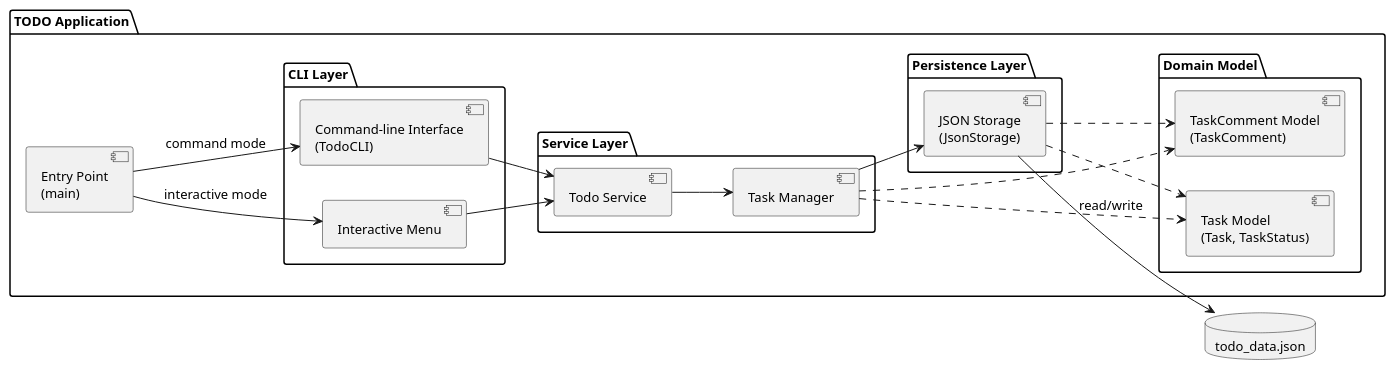
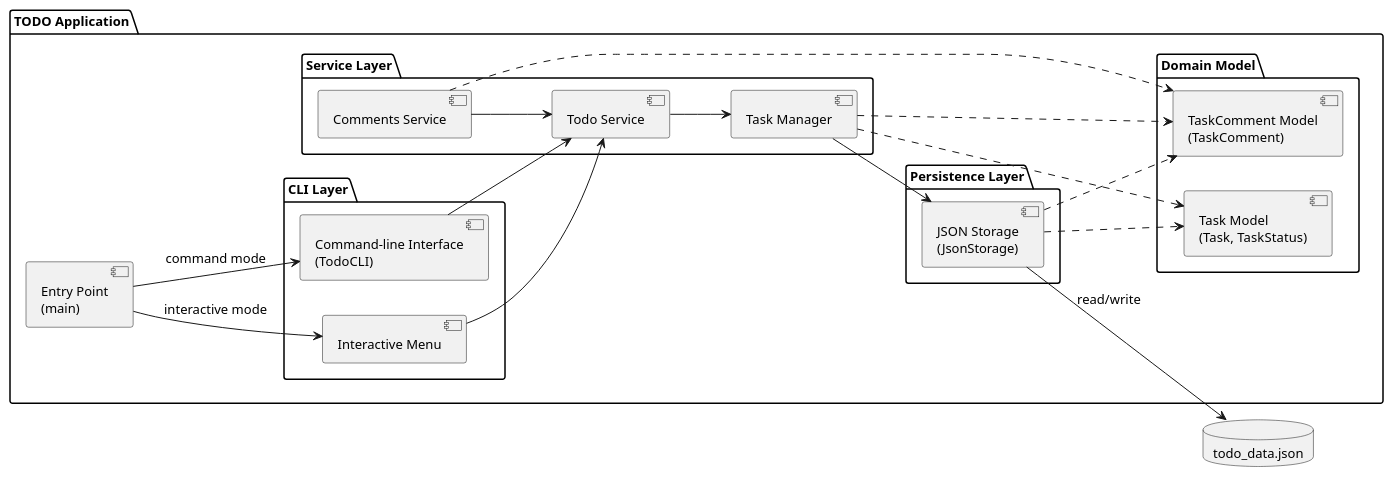
The diagram in experiments/pipeline/test_driven/TODO/artifacts/component_diagram.puml (DanielRiha8906/Software_autoevolution_using_agents), drawn with PlantUML before and after one commit. The commit also changed 6 other files, not shown here.

First line of the commit message:
task 04 | pipeline / test_driven / TODO - Implement CommentsService

```diff
--- a/experiments/pipeline/test_driven/TODO/artifacts/component_diagram.puml
+++ b/experiments/pipeline/test_driven/TODO/artifacts/component_diagram.puml
@@ -1,49 +1,52 @@
 @startuml component_diagram
 
 skinparam componentStyle uml2
 skinparam defaultFontSize 13
 
 left to right direction
 
 package "TODO Application" {
 
     component "Entry Point\n(main)" as Main
 
     package "CLI Layer" {
         component "Interactive Menu" as IM
         component "Command-line Interface\n(TodoCLI)" as CLI
     }
 
     package "Service Layer" {
         component "Todo Service" as SVC
+        component "Comments Service" as CommentSVC
         component "Task Manager" as MGR
     }
 
     package "Domain Model" {
         component "Task Model\n(Task, TaskStatus)" as Model
         component "TaskComment Model\n(TaskComment)" as Comments
     }
 
     package "Persistence Layer" {
         component "JSON Storage\n(JsonStorage)" as Storage
     }
 }
 
 database "todo_data.json" as DB
 
 Main --> IM : interactive mode
 Main --> CLI : command mode
 
 IM --> SVC
 CLI --> SVC
 
 SVC --> MGR
+CommentSVC --> SVC
 MGR --> Storage
 MGR ..> Model
 MGR ..> Comments
+CommentSVC ..> Comments
 Storage ..> Model
 Storage ..> Comments
 
 Storage --> DB : read/write
 
 @enduml
```
